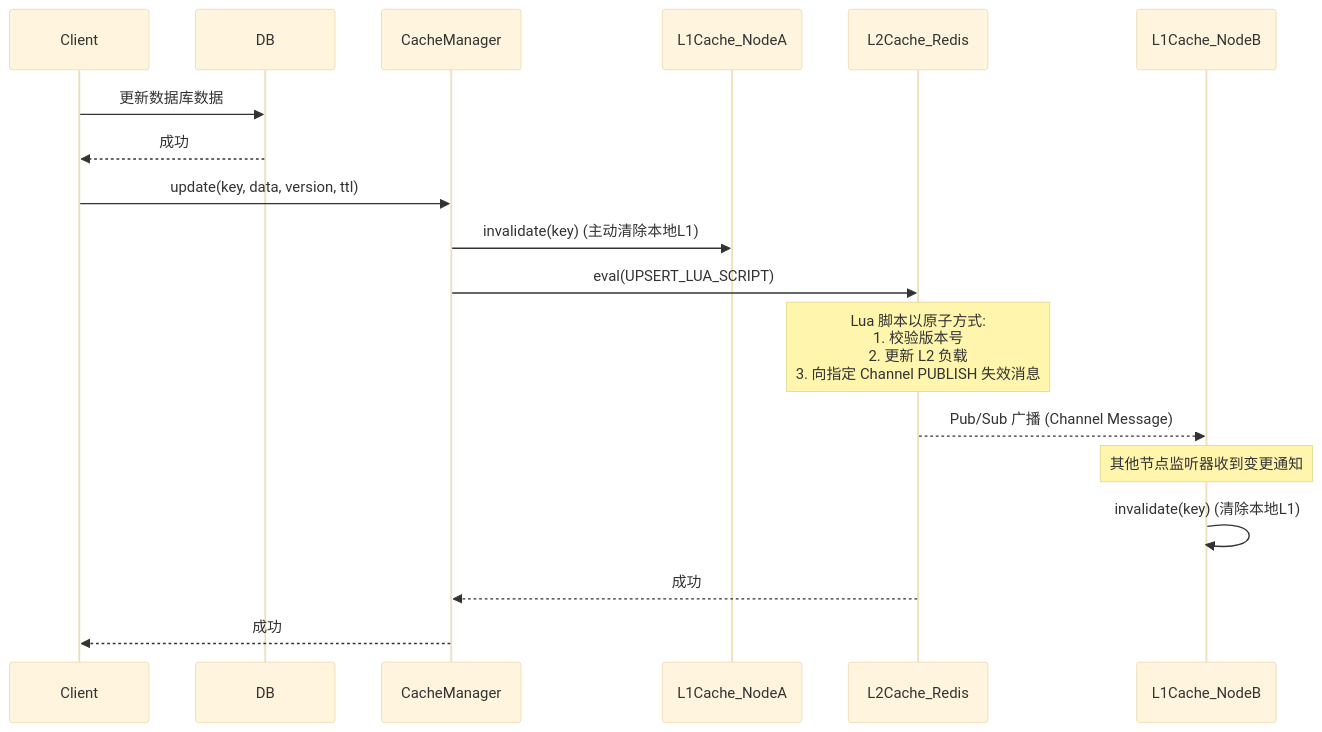
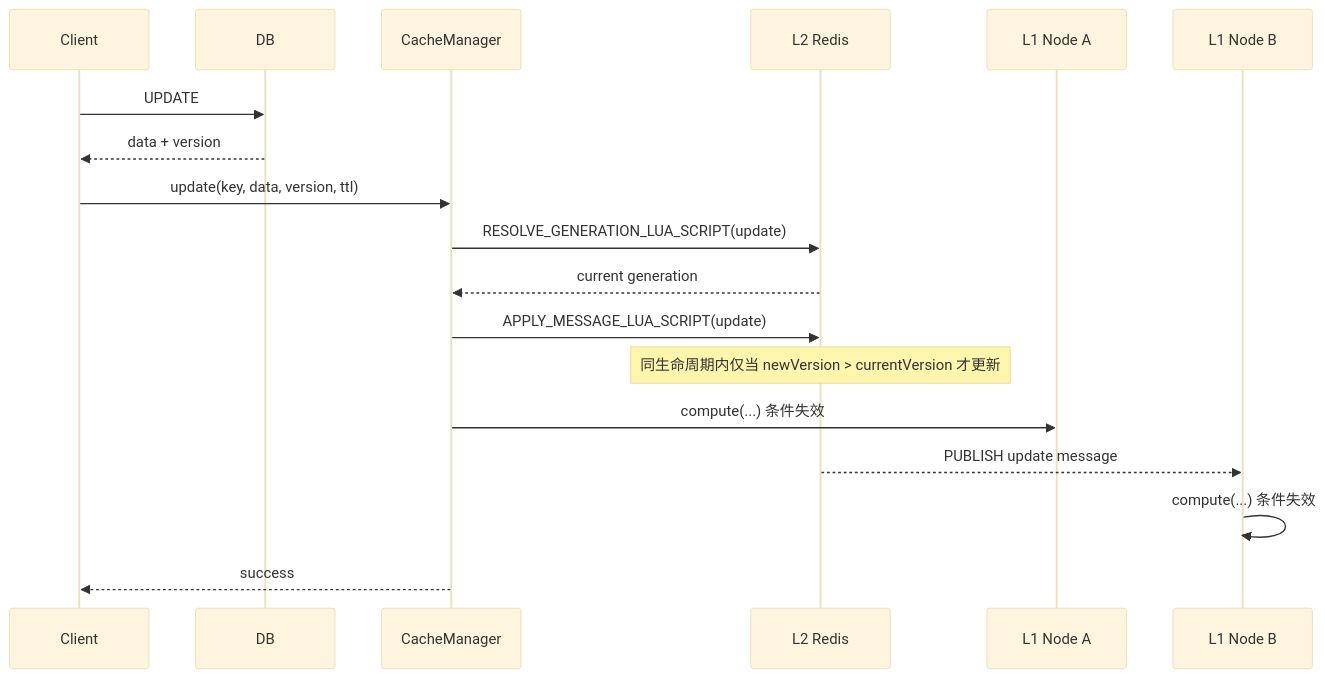
Before and after one commit to dk900912/multi-tier-cache-framework: the sixth of 7 diagrams in README.md, drawn with Mermaid (base theme). The commit also changed other lines of this file and 42 other files, not shown here.

Commit message:
feat: harden cache consistency flow

````diff
--- a/README.md
+++ b/README.md
@@ -267,26 +553,21 @@
 ```mermaid
 sequenceDiagram
     participant Client
     participant DB
     participant CacheManager
-    participant L1Cache_NodeA
-    participant L2Cache_Redis
-    participant L1Cache_NodeB
+    participant L2 as L2 Redis
+    participant L1A as L1 Node A
+    participant L1B as L1 Node B
 
-    Client->>DB: 更新数据库数据
-    DB-->>Client: 成功
-    
+    Client->>DB: UPDATE
+    DB-->>Client: data + version
     Client->>CacheManager: update(key, data, version, ttl)
-    
-    CacheManager->>L1Cache_NodeA: invalidate(key) (主动清除本地L1)
-    
-    CacheManager->>L2Cache_Redis: eval(UPSERT_LUA_SCRIPT)
-    Note over L2Cache_Redis: Lua 脚本以原子方式:<br/>1. 校验版本号<br/>2. 更新 L2 负载<br/>3. 向指定 Channel PUBLISH 失效消息
-    
-    L2Cache_Redis-->>L1Cache_NodeB: Pub/Sub 广播 (Channel Message)
-    Note over L1Cache_NodeB: 其他节点监听器收到变更通知
-    L1Cache_NodeB->>L1Cache_NodeB: invalidate(key) (清除本地L1)
-    
-    L2Cache_Redis-->>CacheManager: 成功
-    CacheManager-->>Client: 成功
+    CacheManager->>L2: RESOLVE_GENERATION_LUA_SCRIPT(update)
+    L2-->>CacheManager: current generation
+    CacheManager->>L2: APPLY_MESSAGE_LUA_SCRIPT(update)
+    Note over L2: 同生命周期内仅当 newVersion > currentVersion 才更新
+    CacheManager->>L1A: compute(...) 条件失效
+    L2-->>L1B: PUBLISH update message
+    L1B->>L1B: compute(...) 条件失效
+    CacheManager-->>Client: success
 ```
````
